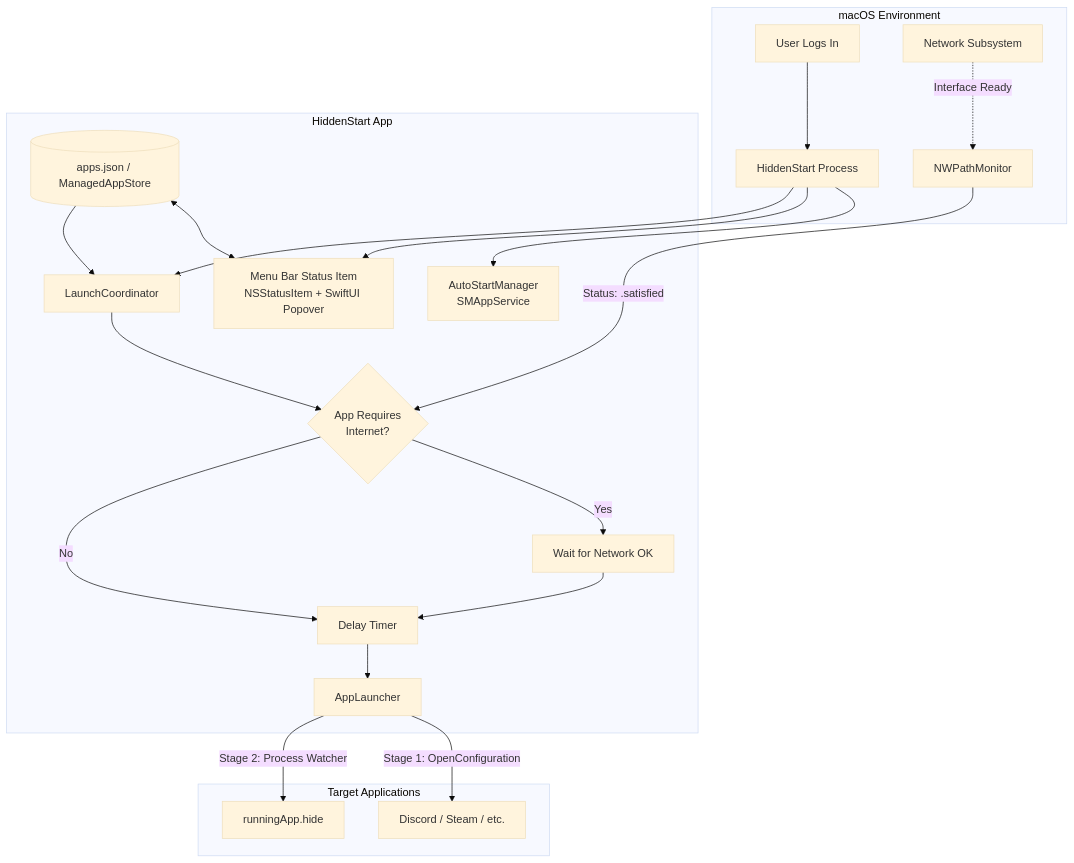
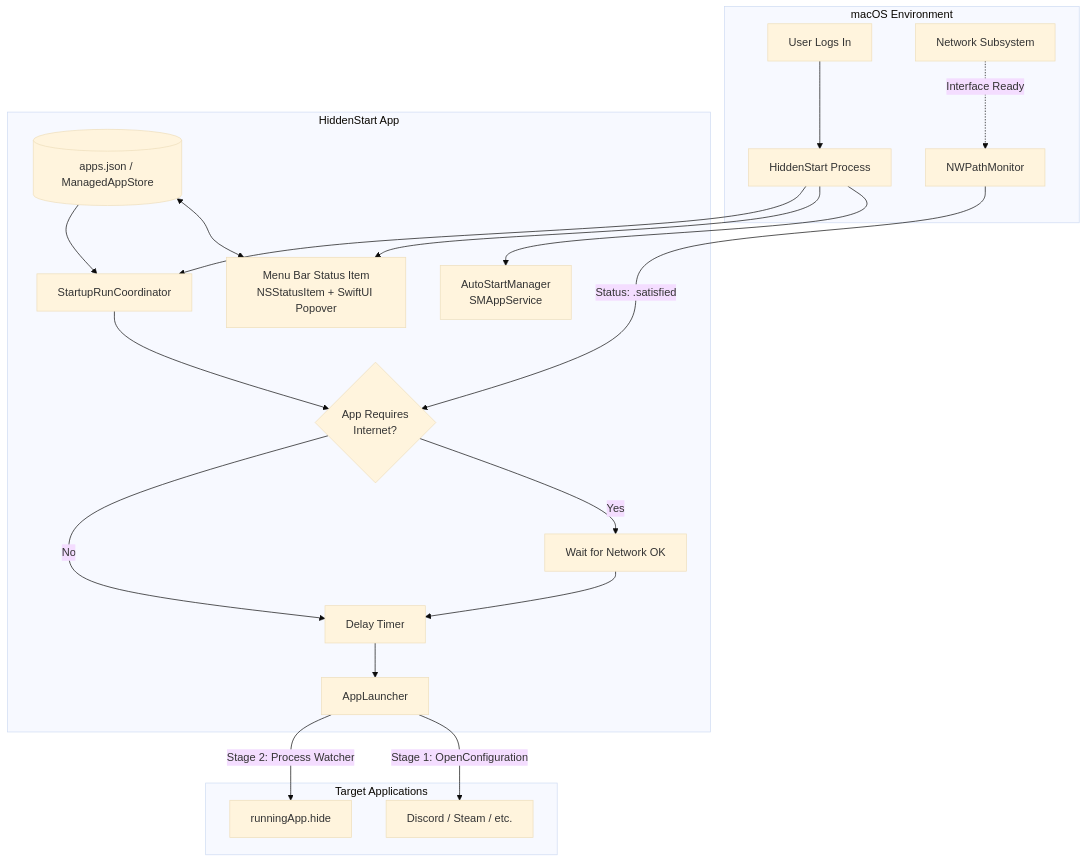
One commit to MZEryani/HiddenStart changed the diagram in DESIGN.md. Above: the diagram before and after it, drawn with Mermaid (base theme). The commit also changed other lines of this file and 10 other files, not shown here.

Commit message:
refactor: deepen startup run coordinator and encapsulate lifecycle and network gating (#13)

````diff
--- a/DESIGN.md
+++ b/DESIGN.md
@@ -29,29 +29,29 @@
 ```mermaid
 flowchart TD
     subgraph macOS Environment
         Login[User Logs In] --> HS[HiddenStart Process]
         WiFi[Network Subsystem] -.->|Interface Ready| NWP[NWPathMonitor]
     end
 
     subgraph HiddenStart App
         HS --> SM[AutoStartManager\nSMAppService]
         HS --> MenuBar[Menu Bar Status Item\nNSStatusItem + SwiftUI Popover]
-        HS --> LC[LaunchCoordinator]
+        HS --> SRC[StartupRunCoordinator]
         
         Config[(apps.json / ManagedAppStore)] <--> MenuBar
-        Config --> LC
+        Config --> SRC
         
-        LC --> Gate{App Requires\nInternet?}
+        SRC --> Gate{App Requires\nInternet?}
         NWP -->|Status: .satisfied| Gate
         Gate -- Yes --> NWWait[Wait for Network OK]
         Gate -- No --> Timer[Delay Timer]
         NWWait --> Timer
         
         Timer --> Exec[AppLauncher]
     end
 
     subgraph Target Applications
         Exec -->|Stage 1: OpenConfiguration| App1[Discord / Steam / etc.]
         Exec -->|Stage 2: Process Watcher| Hide[runningApp.hide]
     end
 ```
````
